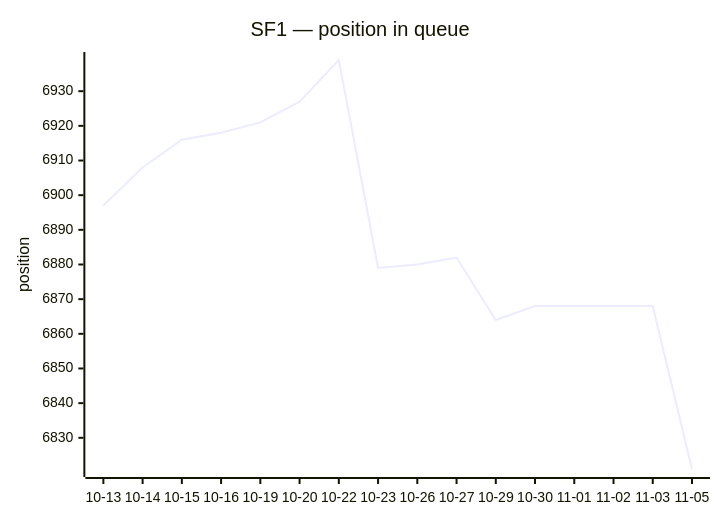
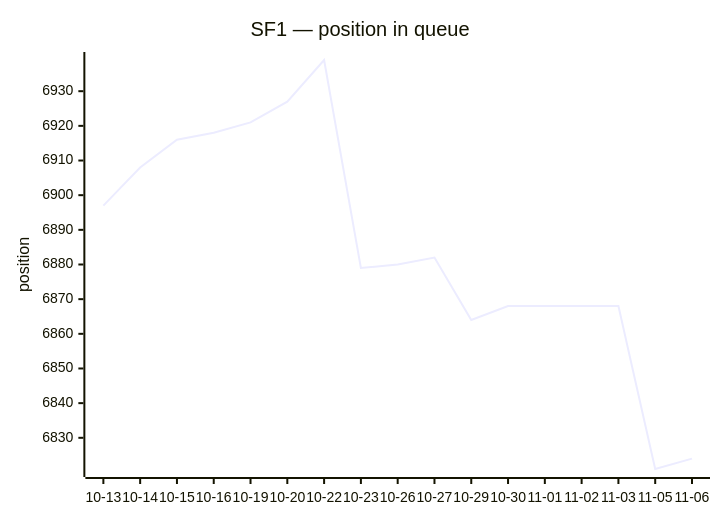
One commit to thyarles/thyarles changed the first of 2 diagrams in queue/README.md. Above: the diagram before and after it, drawn with Mermaid. The commit also changed other lines of this file and 1 other file, not shown here.

````diff
--- a/queue/README.md
+++ b/queue/README.md
@@ -20,7 +20,7 @@
 ```mermaid
 xychart-beta
   title "SF1 — position in queue"
-  x-axis ["10-13", "10-14", "10-15", "10-16", "10-19", "10-20", "10-22", "10-23", "10-26", "10-27", "10-29", "10-30", "11-01", "11-02", "11-03", "11-05"]
+  x-axis ["10-13", "10-14", "10-15", "10-16", "10-19", "10-20", "10-22", "10-23", "10-26", "10-27", "10-29", "10-30", "11-01", "11-02", "11-03", "11-05", "11-06"]
   y-axis "position"
-  line [6897, 6908, 6916, 6918, 6921, 6927, 6939, 6879, 6880, 6882, 6864, 6868, 6868, 6868, 6868, 6821]
+  line [6897, 6908, 6916, 6918, 6921, 6927, 6939, 6879, 6880, 6882, 6864, 6868, 6868, 6868, 6868, 6821, 6824]
 ```
````
